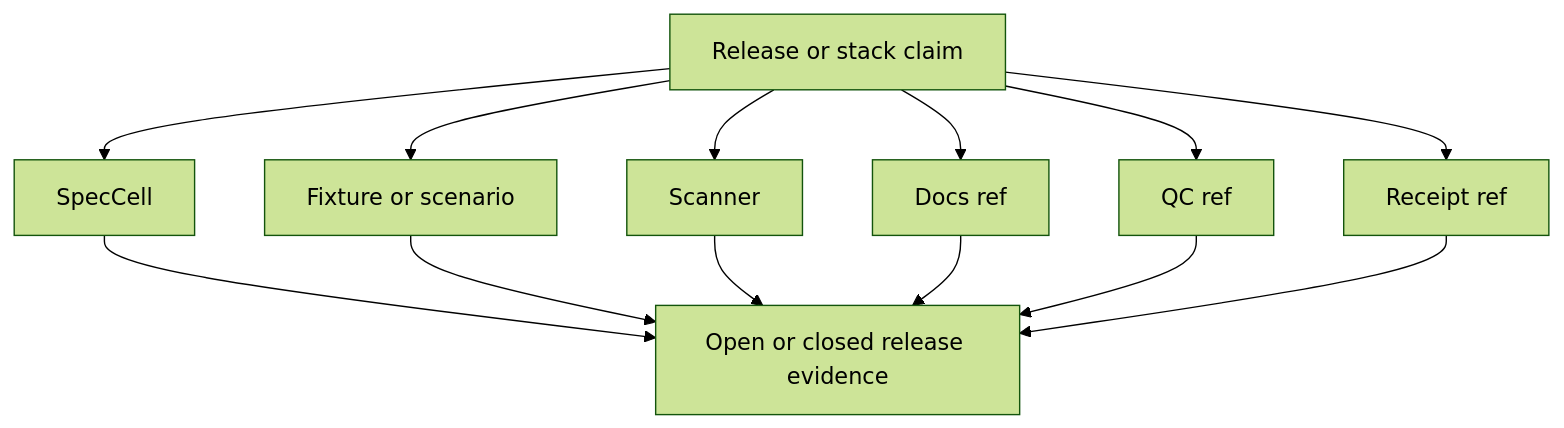
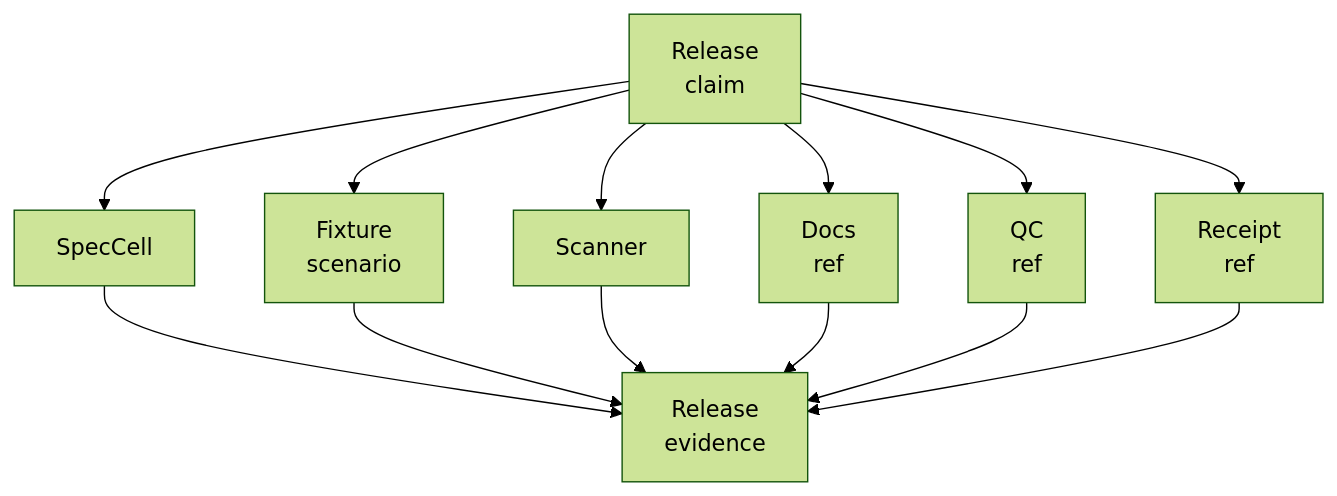
One commit to nshkrdotcom/stack_lab changed the first of 2 diagrams in README.md. Above: the diagram before and after it, drawn with Mermaid (forest theme). The commit also changed other lines of this file, not shown here.

Commit message:
docs: wrap README Mermaid labels

````diff
--- a/README.md
+++ b/README.md
@@ -75,15 +75,15 @@
 ```mermaid
 flowchart TD
-  Claim["Release or stack claim"] --> Spec["SpecCell"]
-  Claim --> Fixture["Fixture or scenario"]
+  Claim["Release<br/>claim"] --> Spec["SpecCell"]
+  Claim --> Fixture["Fixture<br/>scenario"]
   Claim --> Scanner["Scanner"]
-  Claim --> Docs["Docs ref"]
-  Claim --> QC["QC ref"]
-  Claim --> Receipt["Receipt ref"]
-  Spec --> Status["Open or closed release evidence"]
+  Claim --> Docs["Docs<br/>ref"]
+  Claim --> QC["QC<br/>ref"]
+  Claim --> Receipt["Receipt<br/>ref"]
+  Spec --> Status["Release<br/>evidence"]
   Fixture --> Status
   Scanner --> Status
   Docs --> Status
   QC --> Status
   Receipt --> Status
 ```
````
